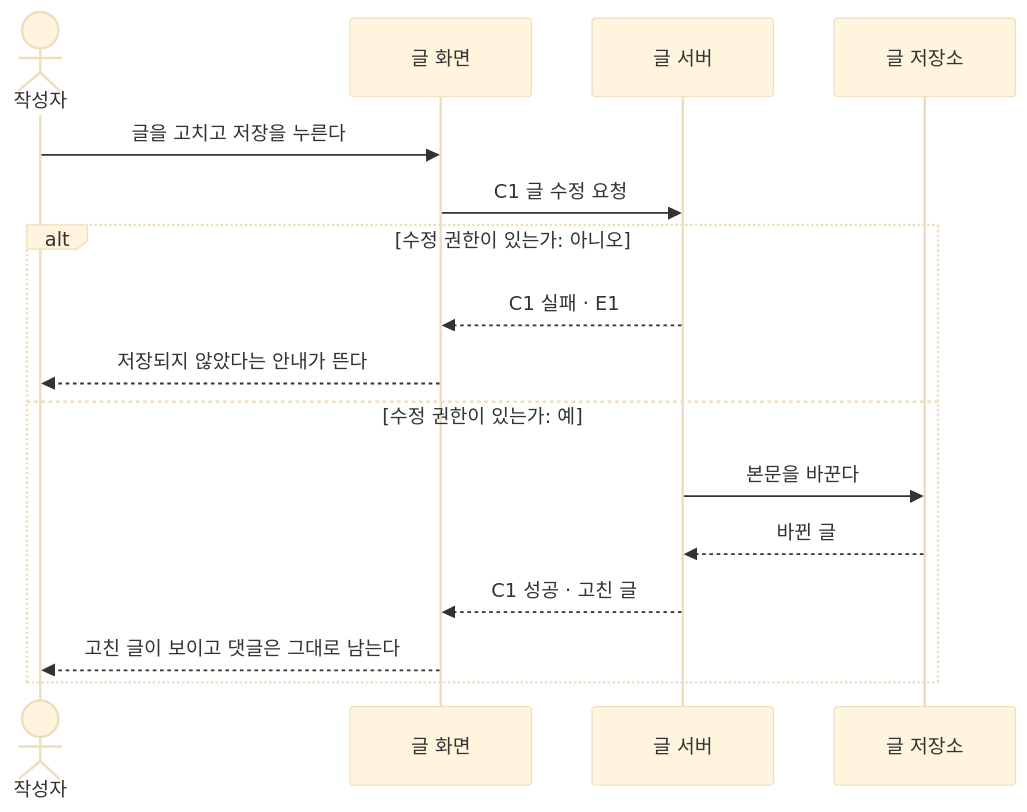
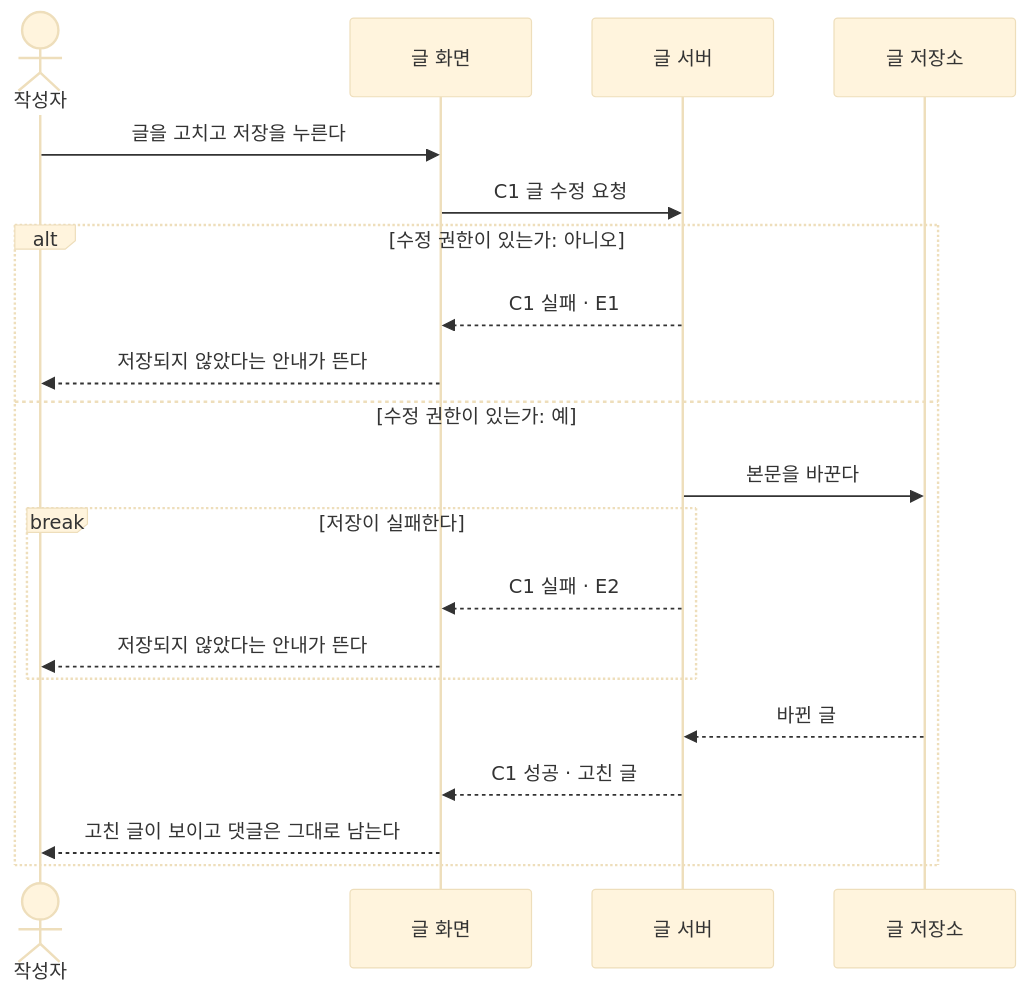
One commit to YeongWon2/product-planning changed the diagram in examples/post-edit/diagram.md. Above: the diagram before and after it, drawn with Mermaid (base theme). The commit also changed 9 other files, not shown here.

First line of the commit message:
feat: 예외 흐름과 실패 시 보장을 개발 스펙 오류와 시퀀스 다이어그램에 잇는다

````diff
--- a/examples/post-edit/diagram.md
+++ b/examples/post-edit/diagram.md
@@ -7,18 +7,22 @@
 ```mermaid
 sequenceDiagram
   actor P1 as 작성자
   participant A1 as 글 화면
   participant A2 as 글 서버
   participant A3 as 글 저장소
   P1->>A1: 글을 고치고 저장을 누른다
   A1->>A2: C1 글 수정 요청
   alt 수정 권한이 있는가: 아니오
     A2-->>A1: C1 실패 · E1
     A1-->>P1: 저장되지 않았다는 안내가 뜬다
   else 수정 권한이 있는가: 예
     A2->>A3: 본문을 바꾼다
+    break 저장이 실패한다
+      A2-->>A1: C1 실패 · E2
+      A1-->>P1: 저장되지 않았다는 안내가 뜬다
+    end
     A3-->>A2: 바뀐 글
     A2-->>A1: C1 성공 · 고친 글
     A1-->>P1: 고친 글이 보이고 댓글은 그대로 남는다
   end
 ```
````
